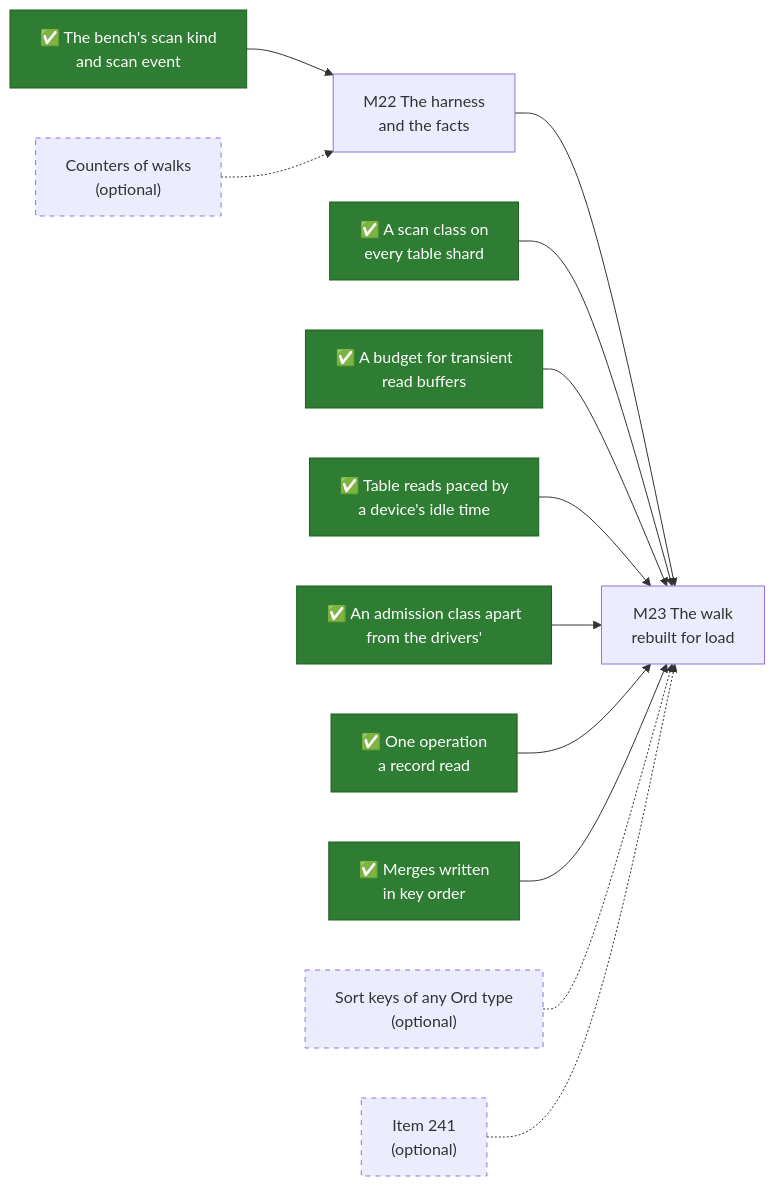
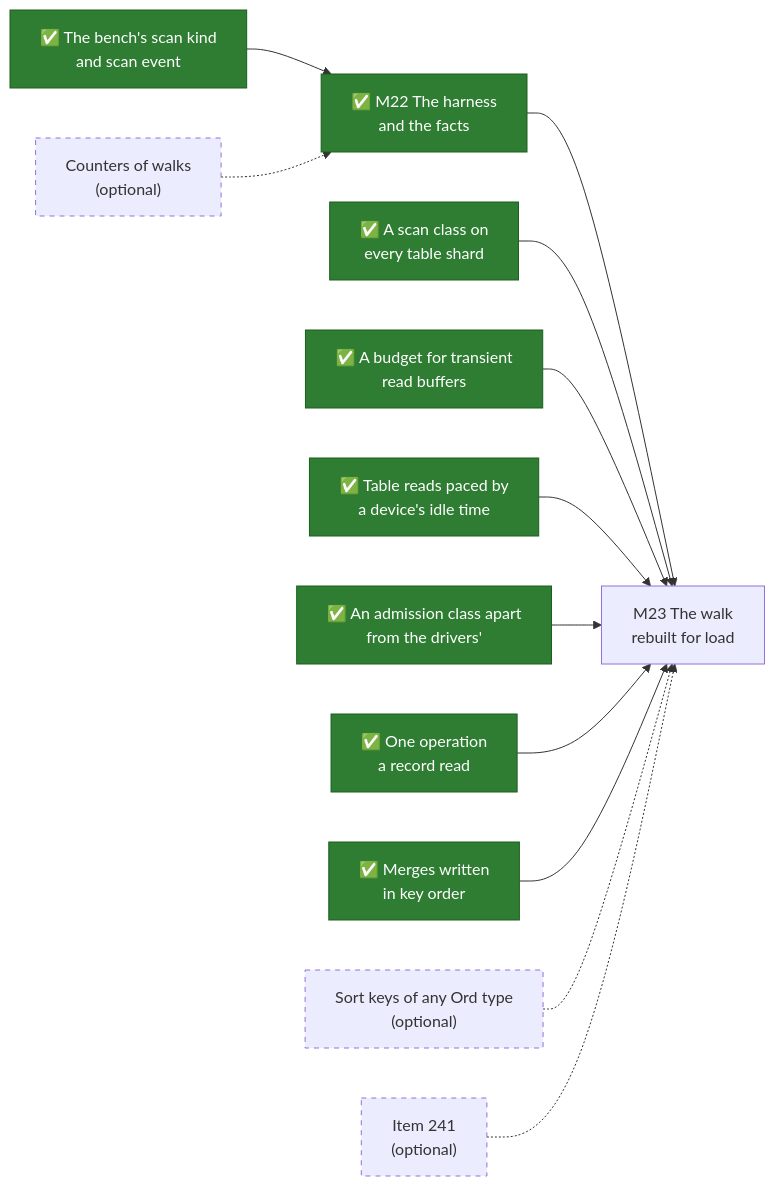
One commit to mjcarson/shoal changed the diagram in docs/src/future-work/scans/prerequisites.md. Above: the diagram before and after it, drawn with Mermaid. The commit also changed 13 other files, not shown here.

````diff
--- a/docs/src/future-work/scans/prerequisites.md
+++ b/docs/src/future-work/scans/prerequisites.md
@@ -280,28 +280,28 @@
 ```mermaid
 flowchart LR
     classDef done fill:#2e7d32,stroke:#1b5e20,color:#ffffff
     classDef optional stroke-dasharray: 5 5
     Bench["✅ The bench's scan kind<br>and scan event"]:::done
     Class["✅ A scan class on<br>every table shard"]:::done
     Budget["✅ A budget for transient<br>read buffers"]:::done
     Pace["✅ Table reads paced by<br>a device's idle time"]:::done
     Admit["✅ An admission class apart<br>from the drivers'"]:::done
     Read1["✅ One operation<br>a record read"]:::done
     Sorted["✅ Merges written<br>in key order"]:::done
     Counters["Counters of walks<br>(optional)"]:::optional
     SortKeys["Sort keys of any Ord type<br>(optional)"]:::optional
     I241["Item 241<br>(optional)"]:::optional
-    M22["M22 The harness<br>and the facts"]
+    M22["✅ M22 The harness<br>and the facts"]:::done
     M23["M23 The walk<br>rebuilt for load"]
     Bench --> M22
     M22 --> M23
     Class --> M23
     Budget --> M23
     Pace --> M23
     Admit --> M23
     Read1 --> M23
     Sorted --> M23
     Counters -.-> M22
     SortKeys -.-> M23
     I241 -.-> M23
 ```
````
